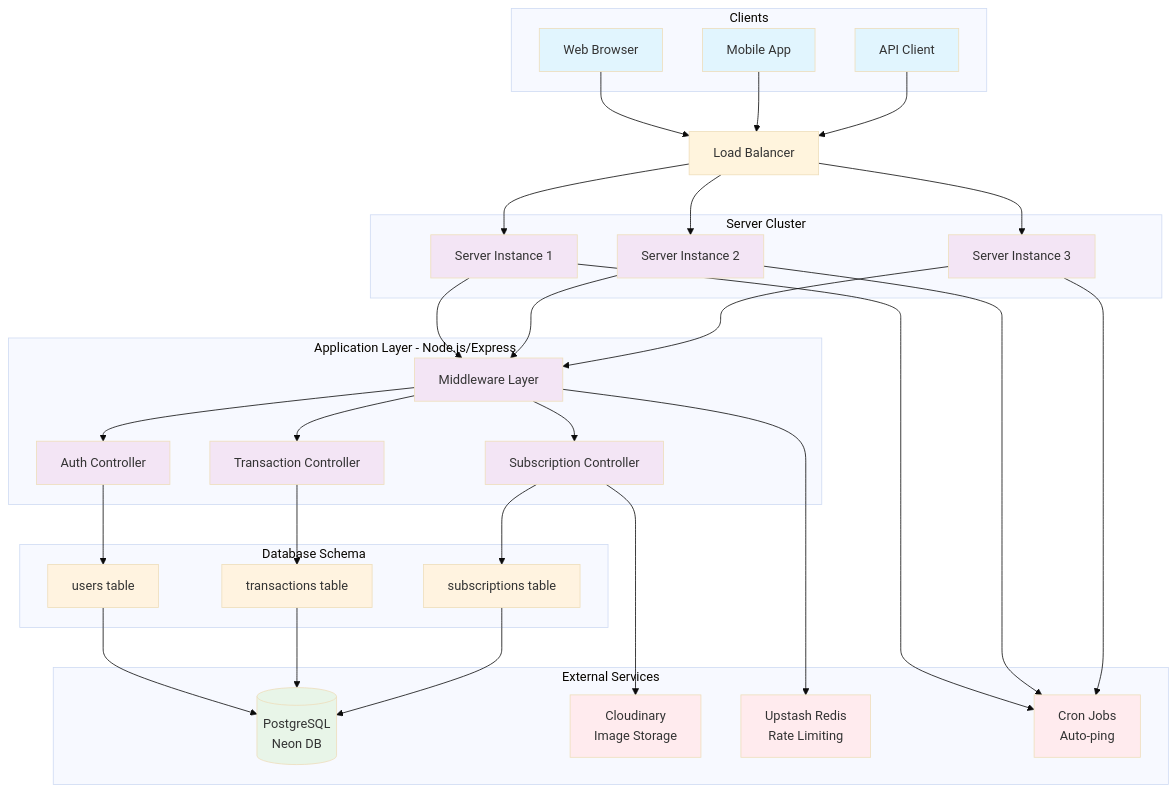
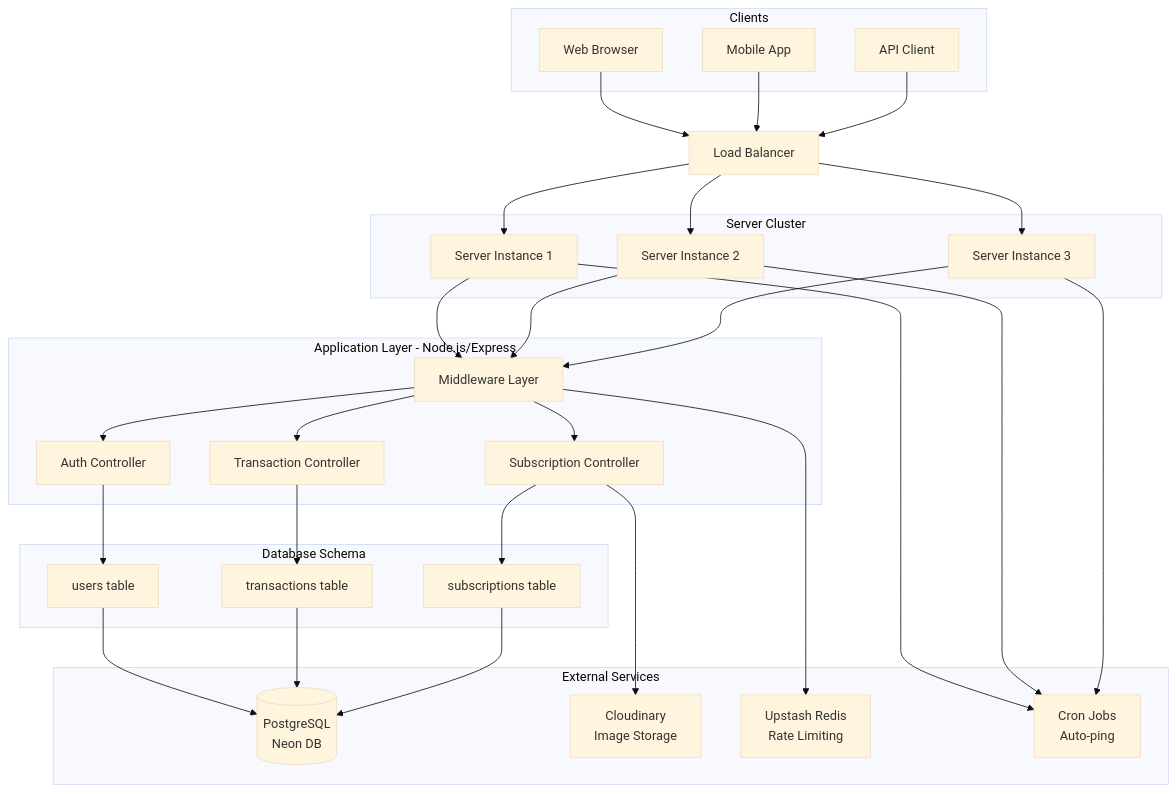
Before and after one commit to Maxime015/MyWallet-Backend: the first of 4 diagrams in README.md, drawn with Mermaid (base theme). The commit also changed other lines of this file, not shown here.

Commit message:
Edited Readme.md 2

````diff
--- a/README.md
+++ b/README.md
@@ -119,17 +119,4 @@
     USERS --> DB
     TRANS_T --> DB
     SUBS_T --> DB
-
-    %% Styling
-    classDef client fill:#e1f5fe
-    classDef server fill:#f3e5f5
-    classDef service fill:#e8f5e8
-    classDef database fill:#fff3e0
-    classDef external fill:#ffebee
-    
-    class WEB,MOBILE,POSTMAN client
-    class SERVER1,SERVER2,SERVER3,MIDDLEWARE,AUTH,TRANS,SUBS server
-    class USERS,TRANS_T,SUBS_T database
-    class CLOUD,REDIS,CRON external
-    class DB service
 ```
````
